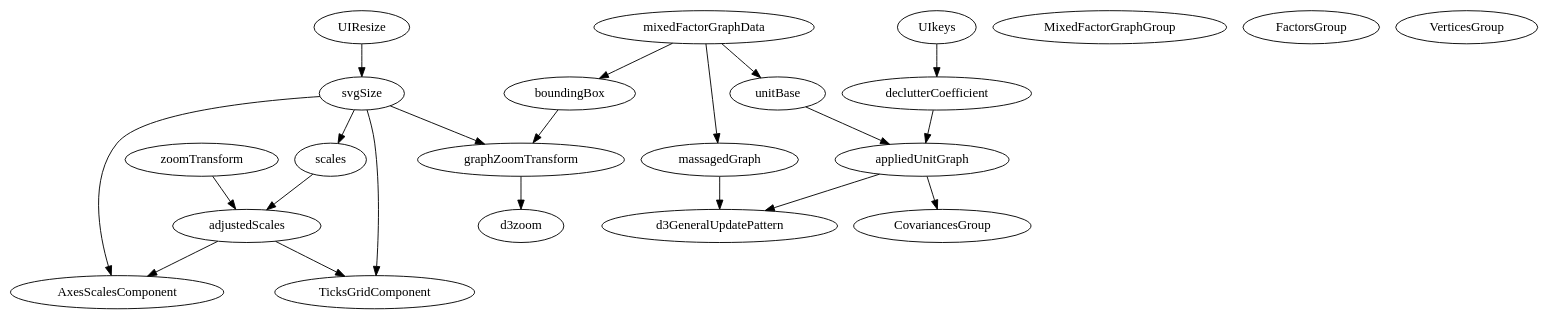
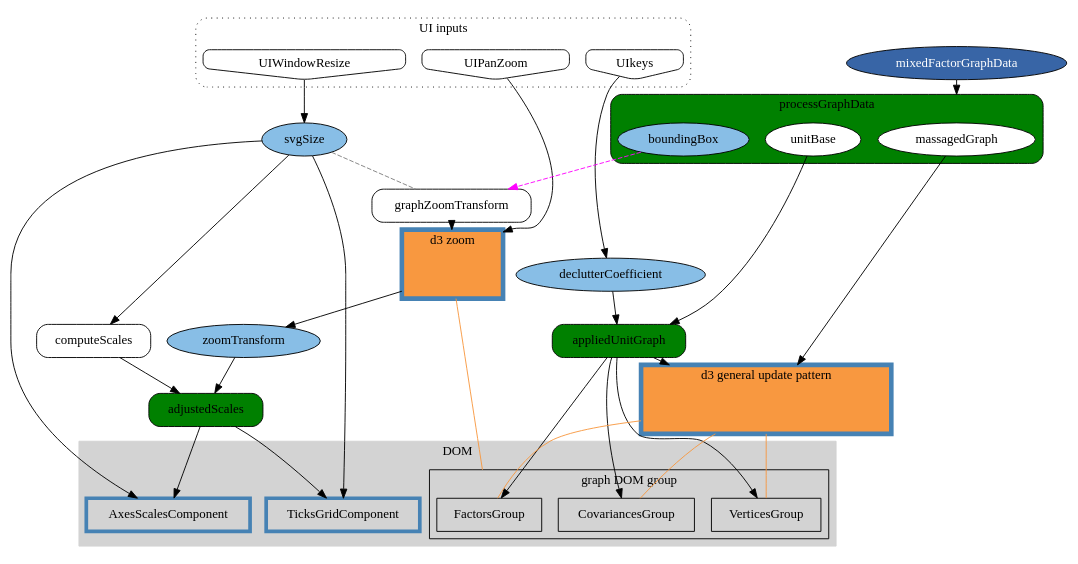
The diagram in FG-reactivity.md (JoelTari/CarlitViz), drawn with Graphviz before and after one commit. The commit also changed other lines of this file, not shown here.

Commit message:
doc: refined graphviz representation of reactivity relations in mixed-factor-graph component

````diff
--- a/FG-reactivity.md
+++ b/FG-reactivity.md
@@ -4,48 +5,57 @@
 ```dot
 digraph{
-  svgSize // signal
-  zoomTransform // signal
-  scales
-  adjustedScales
-  mixedFactorGraphData // signal
-  unitBase
-  massagedGraph
-  boundingBox
-  appliedUnitGraph
-  graphZoomTransform
-  declutterCoefficient // signal
-  TicksGridComponent  // solid comp
-  AxesScalesComponent // solid comp
-  MixedFactorGraphGroup // svg group graph container (no scales nor grid)
-  CovariancesGroup
-  FactorsGroup
-  VerticesGroup
+  compound=true
+  svgSize [style=filled fillcolor="#88bee6"] // signal
+  zoomTransform [style=filled fillcolor="#88bee6"] // signal
+  declutterCoefficient [style=filled fillcolor="#88bee6"] // signal 
+  mixedFactorGraphData [style=filled fillcolor="#3865a6" fontcolor=white] // signal // signal/store
+  computeScales [shape=rectangle style=rounded] // f 
+  adjustedScales  [shape=rectangle style="filled,rounded" fillcolor=green]// f-memo
+  appliedUnitGraph  [shape=rectangle style="filled,rounded" fillcolor=green]// f-memo
+  graphZoomTransform  [shape=rectangle style="rounded"]// f
+
+  subgraph cluster_UI{
+    label="UI inputs"
+    style="dotted,rounded"
+    UIkeys [shape=invhouse style="rounded"]
+    UIWindowResize [shape=invhouse style="rounded"]
+    UIPanZoom [shape=invhouse style="rounded"]
+  }
 
   UIkeys -> declutterCoefficient
-  UIResize -> svgSize
+  UIWindowResize -> svgSize
+  UIPanZoom -> d3zoom [lhead=cluster_d3zoom]
 
-  svgSize -> scales
-  scales -> adjustedScales
+  svgSize -> computeScales
+  computeScales -> adjustedScales
   zoomTransform -> adjustedScales
-  mixedFactorGraphData -> { unitBase, massagedGraph, boundingBox }
-  boundingBox -> graphZoomTransform
-  svgSize -> graphZoomTransform // untrack
+  mixedFactorGraphData -> massagedGraph  [lhead=cluster_processGraphData]
+  boundingBox -> graphZoomTransform [style=dashed color=magenta]
+  svgSize -> graphZoomTransform [arrowhead="none" color=grey style=dashed] // untrack
 
   declutterCoefficient -> appliedUnitGraph // f-memo
   unitBase -> appliedUnitGraph // f-memo 
 
-  subgraph d3GeneralUpdatePattern{
-    // inside a creeateEffect
+  appliedUnitGraph -> d3GeneralUpdatePattern [lhead=cluster_d3GeneralUpdatePattern]
+  massagedGraph -> d3GeneralUpdatePattern [lhead=cluster_d3GeneralUpdatePattern]
+  d3GeneralUpdatePattern -> { FactorsGroup, CovariancesGroup, VerticesGroup } [ltail=cluster_d3GeneralUpdatePattern color="#f89840" arrowhead=none] 
+
+  subgraph cluster_d3zoom{
+    // inside a createEffect
+    shape=house
+    style=filled
+    fillcolor="#f89840"
+    color=steelblue
+    penwidth=5.0
+    d3zoom [style=invis]
+    label="d3 zoom"
   }
 
-  appliedUnitGraph -> d3GeneralUpdatePattern
-  massagedGraph -> d3GeneralUpdatePattern
+  d3zoom -> FactorsGroup [ltail=cluster_d3zoom lhead=cluster_MixedFactorGraphGroup color="#f89840" arrowhead=none]
 
-  subgraph d3zoom{
-    // inside a createEffect
-  }
+  graphZoomTransform -> d3zoom [lhead=cluster_d3zoom]
 
-  graphZoomTransform -> d3zoom
+  d3zoom -> zoomTransform  [ltail=cluster_d3zoom]
 
 
   svgSize -> TicksGridComponent
@@ -54,5 +64,44 @@
   adjustedScales ->AxesScalesComponent
 
   appliedUnitGraph -> CovariancesGroup
+  appliedUnitGraph -> FactorsGroup
+  appliedUnitGraph -> VerticesGroup
+
+  subgraph cluster_DOM {
+    label = "DOM";
+    style=filled;
+    color=lightgrey;
+    TicksGridComponent [shape=box color=steelblue penwidth=4]// solid comp
+    AxesScalesComponent [shape=box color=steelblue penwidth=4]// solid comp
+    subgraph cluster_MixedFactorGraphGroup{
+      style=boxed;
+      color=black
+      label = "graph DOM group";
+      CovariancesGroup [shape=box]
+      FactorsGroup [shape=box]
+      VerticesGroup [shape=box]
+    }
+  }
+
+  subgraph cluster_processGraphData{
+    style="filled,rounded"
+    fillcolor=green
+    label="processGraphData"
+    boundingBox [style=filled fillcolor="#88bee6"] // signal 
+    unitBase [style=filled fillcolor=white]
+    massagedGraph [style=filled fillcolor=white]
+  }
+
+  subgraph cluster_d3GeneralUpdatePattern{
+    // inside a creeateEffect
+    label="d3 general update pattern"
+    shape=house
+    color=steelblue
+    penwidth=5.0
+    style=filled
+    fillcolor="#f89840"
+    d3GeneralUpdatePattern [style="invis"]
+    rank=sink;
+  }
 }
 ```
````
